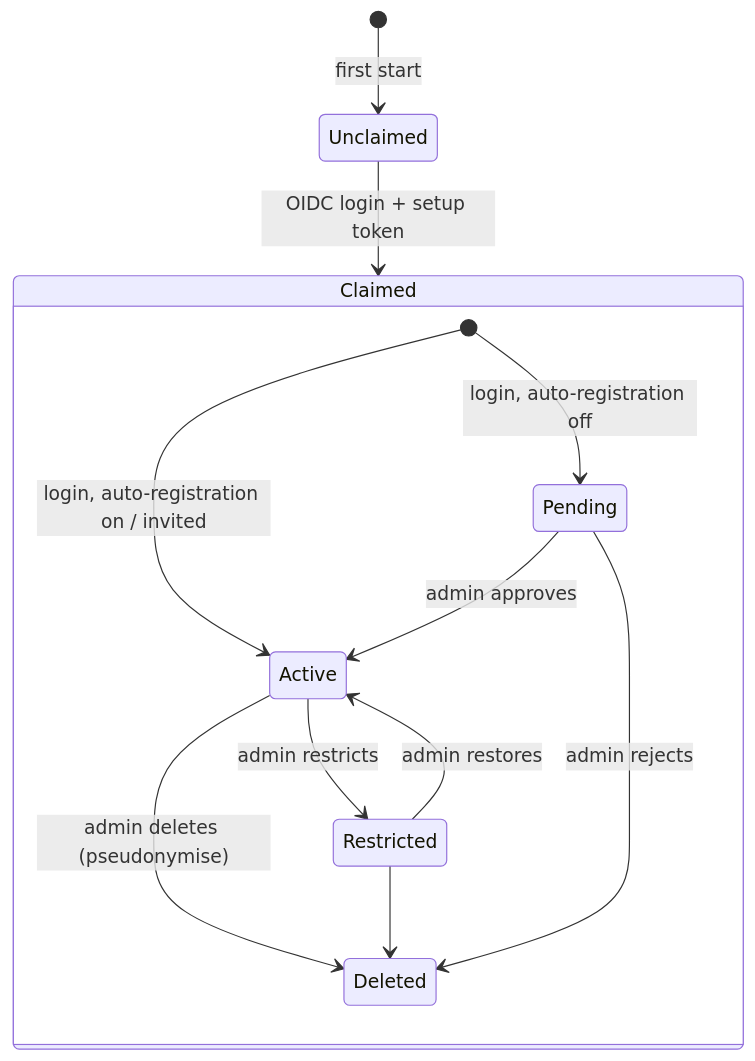
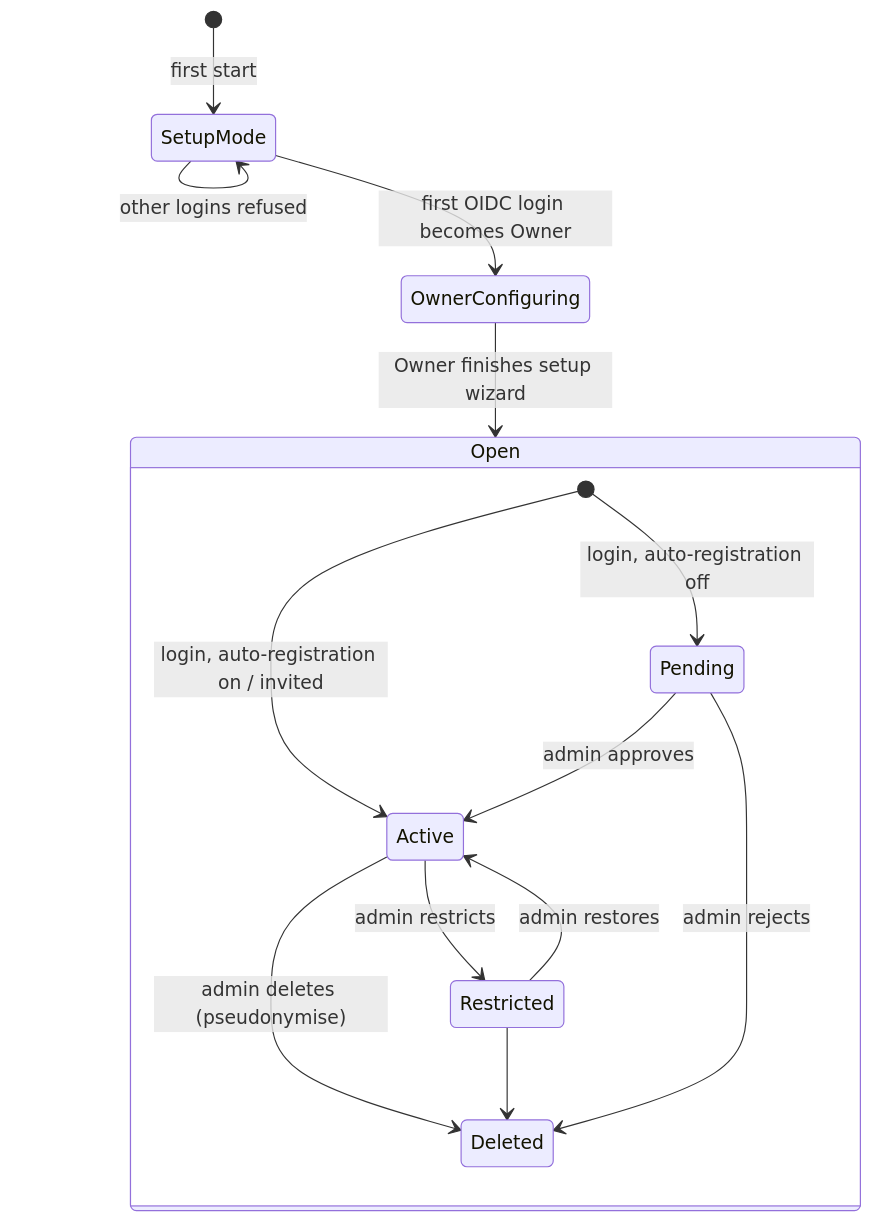
Before and after one commit to homlo-bike/MobSimLab: the second of 2 diagrams in docs/architecture/05-security-users.md, drawn with Mermaid. The commit also changed other lines of this file and 15 other files, not shown here.

First line of the commit message:
docs: apply product owner decisions to architecture plan

````diff
--- a/docs/architecture/05-security-users.md
+++ b/docs/architecture/05-security-users.md
@@ -132,15 +132,17 @@
 ```mermaid
 stateDiagram-v2
-  [*] --> Unclaimed: first start
-  Unclaimed --> Claimed: OIDC login + setup token
-  state Claimed {
+  [*] --> SetupMode: first start
+  SetupMode --> SetupMode: other logins refused
+  SetupMode --> OwnerConfiguring: first OIDC login becomes Owner
+  OwnerConfiguring --> Open: Owner finishes setup wizard
+  state Open {
     [*] --> Pending: login, auto-registration off
     [*] --> Active: login, auto-registration on / invited
     Pending --> Active: admin approves
     Active --> Restricted: admin restricts
     Restricted --> Active: admin restores
     Active --> Deleted: admin deletes (pseudonymise)
     Restricted --> Deleted
     Pending --> Deleted: admin rejects
   }
 ```
````
